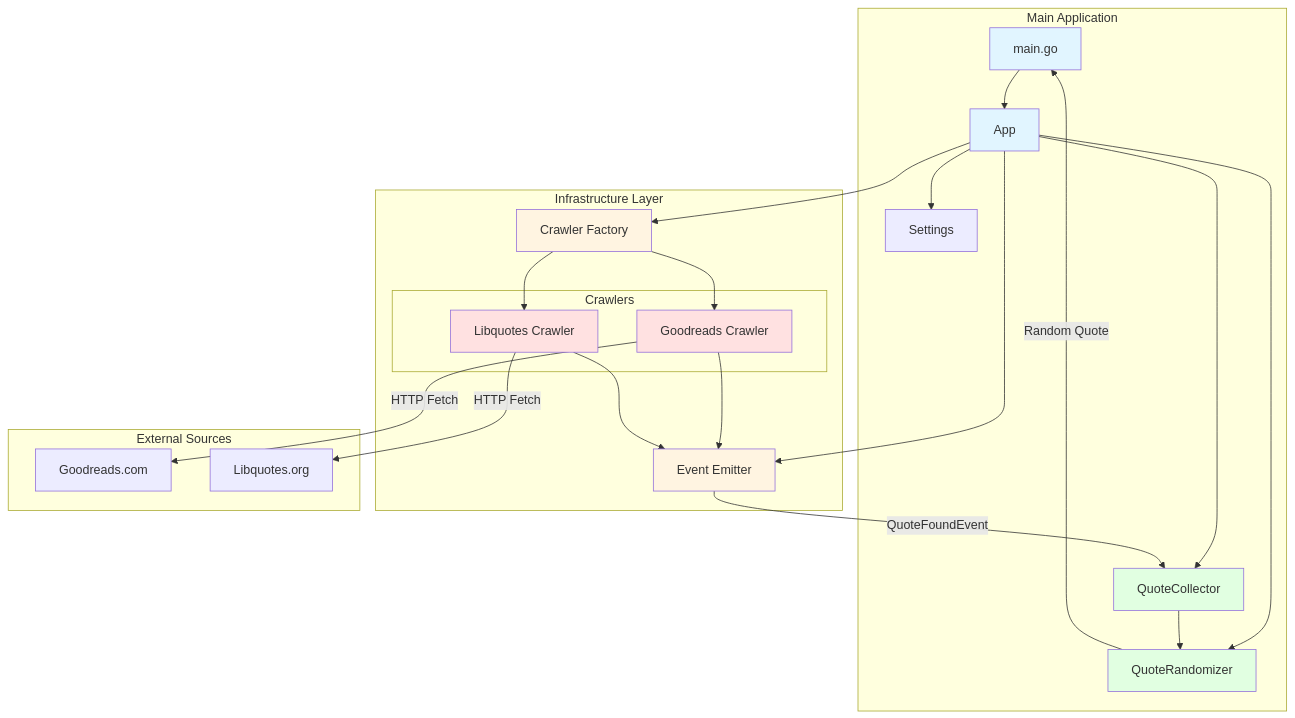
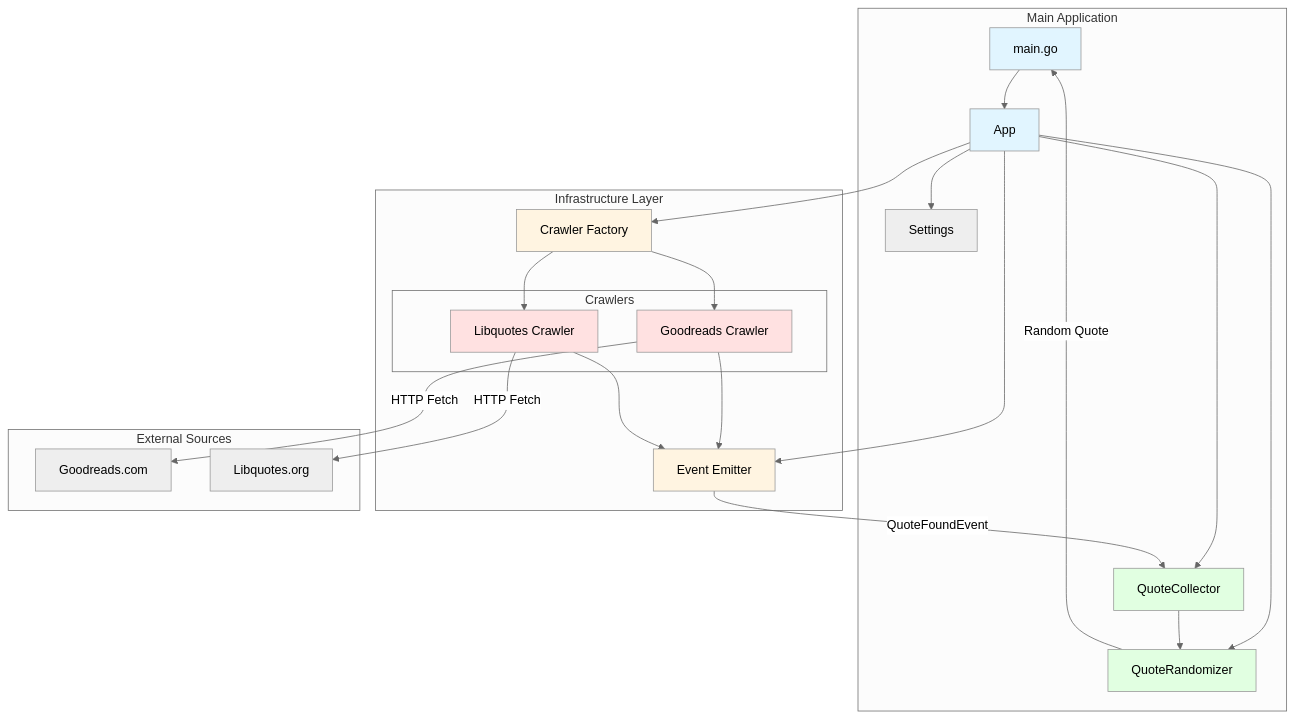
Before and after one commit to sofib/random-book-quote: the diagram in README.md, drawn with Mermaid. The commit also changed other lines of this file, not shown here.

````diff
--- a/README.md
+++ b/README.md
@@ -16,54 +23,55 @@
 ```mermaid
+%%{init: {'theme':'neutral'}}%%
 graph TB
     subgraph "Main Application"
         Main[main.go]
         App[App]
         Settings[Settings]
         Collector[QuoteCollector]
         Randomizer[QuoteRandomizer]
     end
-    
+
     subgraph "Infrastructure Layer"
         Emitter[Event Emitter]
         Factory[Crawler Factory]
-        
+
         subgraph "Crawlers"
             GR[Goodreads Crawler]
             LQ[Libquotes Crawler]
         end
     end
-    
+
     subgraph "External Sources"
         GRS[Goodreads.com]
         LQS[Libquotes.org]
     end
-    
+
     Main --> App
     App --> Settings
     App --> Emitter
     App --> Collector
     App --> Randomizer
     App --> Factory
-    
+
     Factory --> GR
     Factory --> LQ
-    
+
     GR --> Emitter
     LQ --> Emitter
-    
+
     GR -->|HTTP Fetch| GRS
     LQ -->|HTTP Fetch| LQS
-    
+
     Emitter -->|QuoteFoundEvent| Collector
     Collector --> Randomizer
     Randomizer -->|Random Quote| Main
-    
+
     style Main fill:#e1f5ff
     style App fill:#e1f5ff
     style Emitter fill:#fff4e1
     style Factory fill:#fff4e1
     style GR fill:#ffe1e1
     style LQ fill:#ffe1e1
     style Collector fill:#e1ffe1
     style Randomizer fill:#e1ffe1
 ```
````
